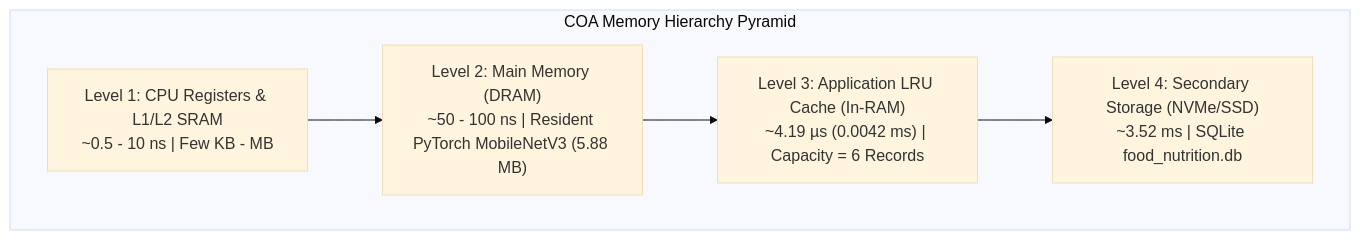
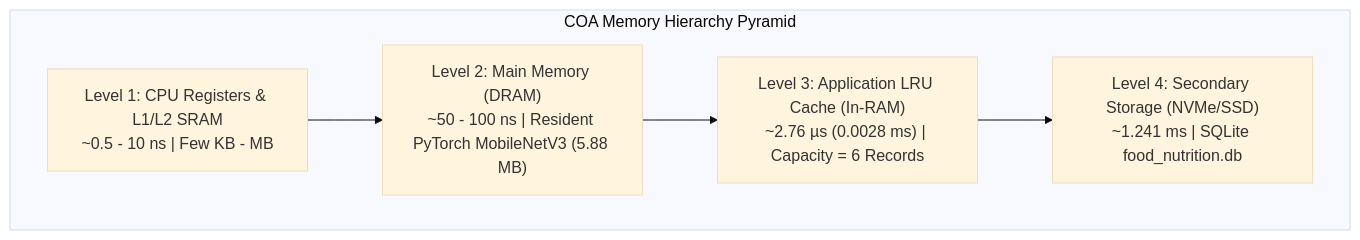
Before and after one commit to IVS-Kushwanth/Food-Recognition-Nutrition-Tracker: the diagram in reports/coa/MEMORY_HIERARCHY_AND_CACHE_ARCHITECTURE.md, drawn with Mermaid (base theme). The commit also changed other lines of this file and 18 other files, not shown here.

````diff
--- a/reports/coa/MEMORY_HIERARCHY_AND_CACHE_ARCHITECTURE.md
+++ b/reports/coa/MEMORY_HIERARCHY_AND_CACHE_ARCHITECTURE.md
@@ -22,13 +22,13 @@
 ```mermaid
 flowchart TD
     subgraph Hierarchy["COA Memory Hierarchy Pyramid"]
         L1["Level 1: CPU Registers & L1/L2 SRAM<br/>~0.5 - 10 ns | Few KB - MB"]
         L2["Level 2: Main Memory (DRAM)<br/>~50 - 100 ns | Resident PyTorch MobileNetV3 (5.88 MB)"]
-        L3["Level 3: Application LRU Cache (In-RAM)<br/>~4.19 µs (0.0042 ms) | Capacity = 6 Records"]
-        L4["Level 4: Secondary Storage (NVMe/SSD)<br/>~3.52 ms | SQLite food_nutrition.db"]
+        L3["Level 3: Application LRU Cache (In-RAM)<br/>~2.76 µs (0.0028 ms) | Capacity = 6 Records"]
+        L4["Level 4: Secondary Storage (NVMe/SSD)<br/>~1.241 ms | SQLite food_nutrition.db"]
     end
 
     L1 --> L2
     L2 --> L3
     L3 --> L4
 ```
````
